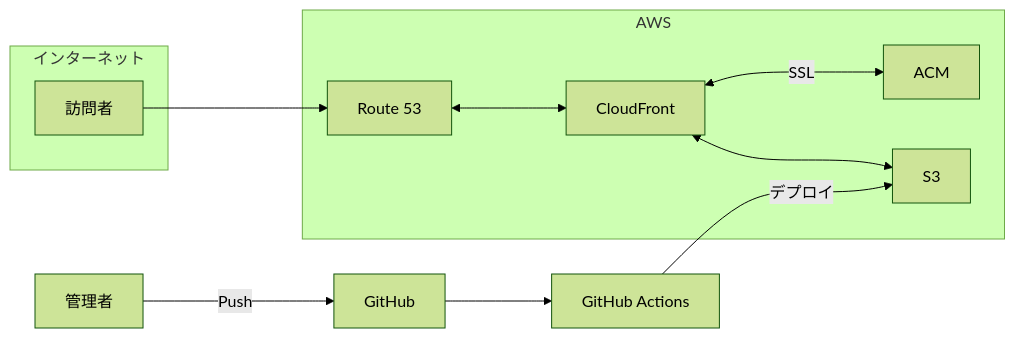
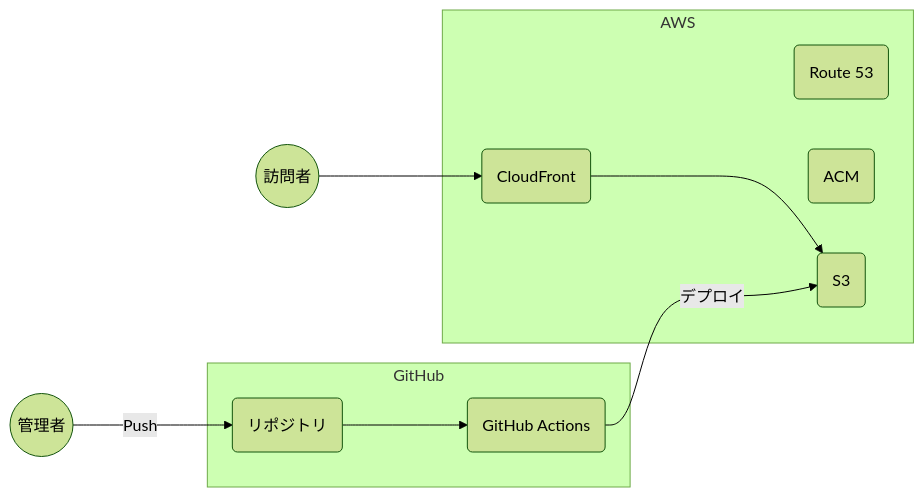
The second of 2 diagrams in content/post/2023-07/wordpress-to-hugo.md (Dim0000/hugo-blog), drawn with Mermaid (forest theme) before and after one commit. The commit also changed other lines of this file, not shown here.

```diff
--- a/content/post/2023-07/wordpress-to-hugo.md
+++ b/content/post/2023-07/wordpress-to-hugo.md
@@ -56,15 +52,14 @@
     <div class="mermaid">
     graph LR
-      subgraph インターネット
-      訪問者
+      A((訪問者)) ---> B(CloudFront)
+      subgraph AWS
+      C(Route 53)
+      D(ACM)
+      B ---> E(S3)
       end
-      訪問者 ---> A
-      subgraph AWS
-      A[Route 53] <---> CloudFront
-      CloudFront <--->|SSL| ACM
-      CloudFront <---> S3
+      subgraph GitHub
+      F(リポジトリ) ---> G(GitHub Actions)
       end
-      管理者 --->|Push| GitHub
-      GitHub ---> B[GitHub Actions]
-      B --->|デプロイ| S3
+      H((管理者)) --->|Push| F
+      G --->|デプロイ| E
     </div>
```
